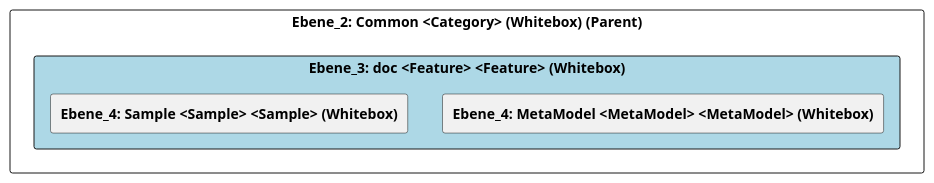
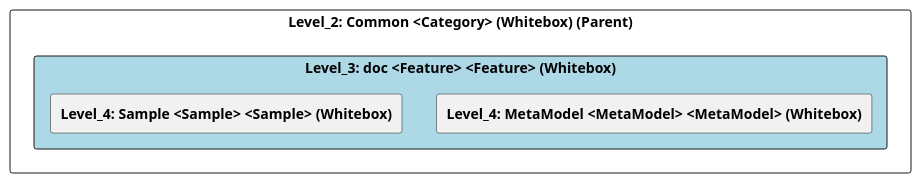
Before and after one commit to marcozwyssig/cleon: the diagram in doc/cleonproject_deliverables_architecture_model_architecture/adoc/de/05_bausteinsicht/cleon/common/doc/ebene_3_doc.adoc, drawn with PlantUML. The commit also changed other lines of this file and 83 other files, not shown here.

```diff
--- a/doc/cleonproject_deliverables_architecture_model_architecture/adoc/de/05_bausteinsicht/cleon/common/doc/ebene_3_doc.adoc
+++ b/doc/cleonproject_deliverables_architecture_model_architecture/adoc/de/05_bausteinsicht/cleon/common/doc/ebene_3_doc.adoc
@@ -20,25 +20,25 @@
-[plantuml, Ebene_3: doc <Feature> <Feature> (Whitebox)BlockOverview, format="svg"]
+[plantuml, Level_3: doc <Feature> <Feature> (Whitebox)BlockOverview, format="svg"]
 ----
-@startuml Ebene_3: doc <Feature> <Feature> (Whitebox)BuildingBlockOverview
+@startuml Level_3: doc <Feature> <Feature> (Whitebox)BuildingBlockOverview
 
 skinparam ranksep 10
 skinparam componentStyle rectangle
 skinparam shadowing false
 skinparam arrowColor lightblue
 skinparam arrowThickness 1.2
 skinparam rectangle {
   BackgroundColor White
   BorderColor #333
   RoundCorner 10
 }
 top to bottom direction
 
-component "Ebene_2: Common <Category> (Whitebox) (Parent)" {
-    component "Ebene_3: doc <Feature> <Feature> (Whitebox)" #lightblue {
-        [**Ebene_4: MetaModel <MetaModel> <MetaModel> (Whitebox)**] as 4A570570_D579_11EE_903E_9F564E4DE07E
-        [**Ebene_4: Sample <Sample> <Sample> (Whitebox)**] as 4A56DE4D_D579_11EE_903E_9F564E4DE07E
+component "Level_2: Common <Category> (Whitebox) (Parent)" {
+    component "Level_3: doc <Feature> <Feature> (Whitebox)" #lightblue {
+        [**Level_4: MetaModel <MetaModel> <MetaModel> (Whitebox)**] as 4A570570_D579_11EE_903E_9F564E4DE07E
+        [**Level_4: Sample <Sample> <Sample> (Whitebox)**] as 4A56DE4D_D579_11EE_903E_9F564E4DE07E
     }
 }
 
 @enduml
 ----
```
